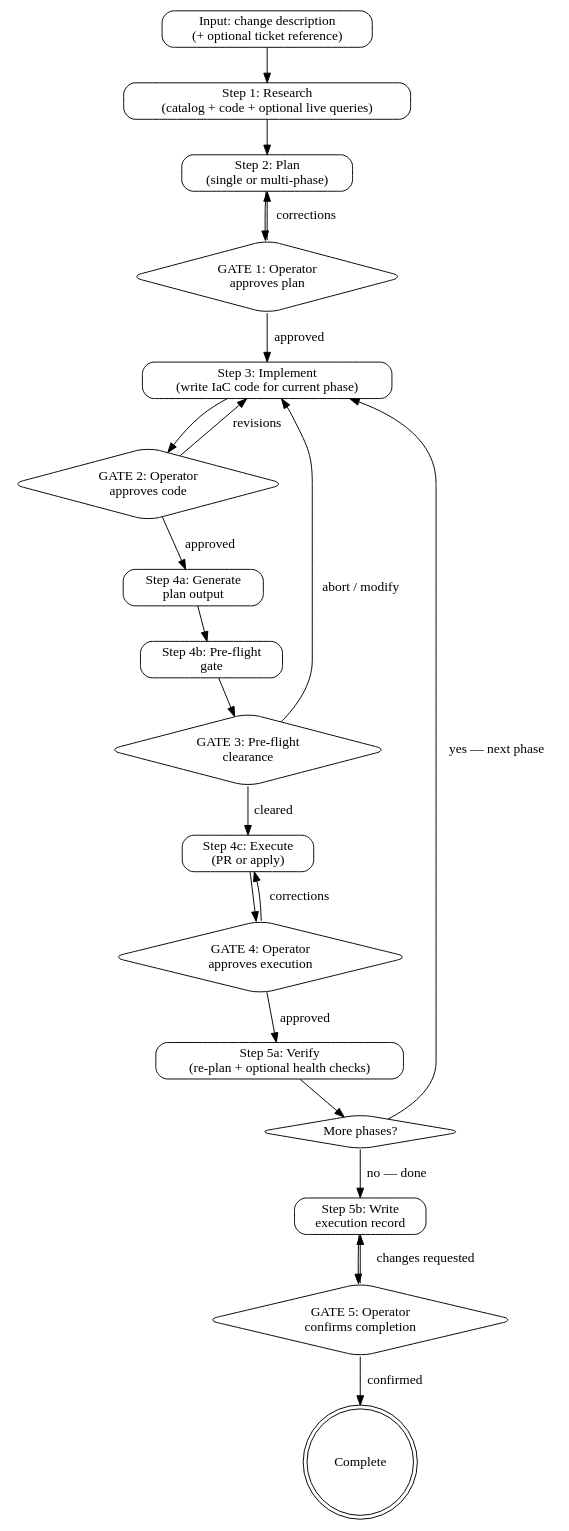
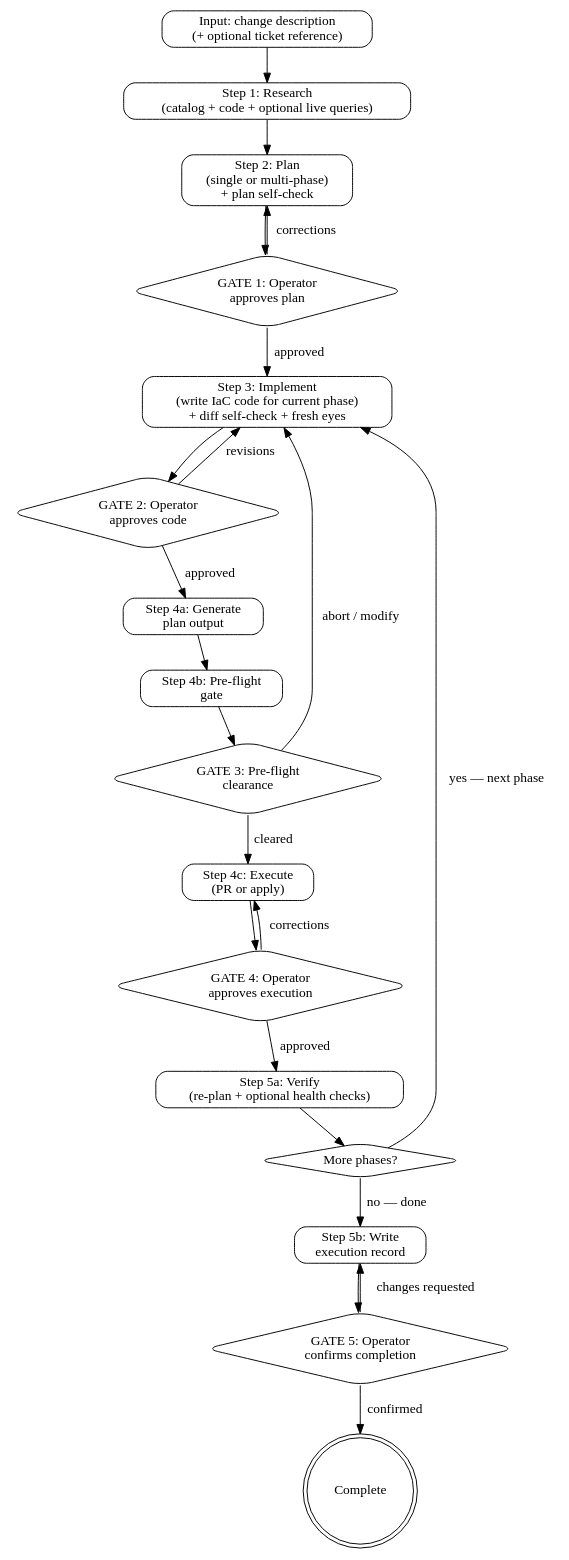
One commit to culiops/culiops-agent changed the diagram in skills/iac-change-execution/SKILL.md. Above: the diagram before and after it, drawn with Graphviz. The commit also changed other lines of this file and 3 other files, not shown here.

````diff
--- a/skills/iac-change-execution/SKILL.md
+++ b/skills/iac-change-execution/SKILL.md
@@ -81,46 +82,46 @@
 ```dot
 digraph iac_change {
     rankdir=TB;
     node [shape=box, style=rounded];
 
     input     [label="Input: change description\n(+ optional ticket reference)"];
     research  [label="Step 1: Research\n(catalog + code + optional live queries)"];
-    plan      [label="Step 2: Plan\n(single or multi-phase)"];
+    plan      [label="Step 2: Plan\n(single or multi-phase)\n+ plan self-check"];
     gate1     [label="GATE 1: Operator\napproves plan", shape=diamond];
-    implement [label="Step 3: Implement\n(write IaC code for current phase)"];
+    implement [label="Step 3: Implement\n(write IaC code for current phase)\n+ diff self-check + fresh eyes"];
     gate2     [label="GATE 2: Operator\napproves code", shape=diamond];
     planout   [label="Step 4a: Generate\nplan output"];
     preflight [label="Step 4b: Pre-flight\ngate"];
     gate3     [label="GATE 3: Pre-flight\nclearance", shape=diamond];
     execute   [label="Step 4c: Execute\n(PR or apply)"];
     gate4     [label="GATE 4: Operator\napproves execution", shape=diamond];
     verify    [label="Step 5a: Verify\n(re-plan + optional health checks)"];
     phase     [label="More phases?", shape=diamond];
     record    [label="Step 5b: Write\nexecution record"];
     gate5     [label="GATE 5: Operator\nconfirms completion", shape=diamond];
 
     input -> research;
     research -> plan;
     plan -> gate1;
     gate1 -> implement  [label="approved"];
     gate1 -> plan       [label="corrections"];
     implement -> gate2;
     gate2 -> planout    [label="approved"];
     gate2 -> implement  [label="revisions"];
     planout -> preflight;
     preflight -> gate3;
     gate3 -> execute    [label="cleared"];
     gate3 -> implement  [label="abort / modify"];
     execute -> gate4;
     gate4 -> verify     [label="approved"];
     gate4 -> execute    [label="corrections"];
     verify -> phase;
     phase -> implement  [label="yes — next phase"];
     phase -> record     [label="no — done"];
     record -> gate5;
     gate5 -> record     [label="changes requested"];
     gate5 -> done       [label="confirmed"];
 
     done [label="Complete", shape=doublecircle];
 }
 ```
````
